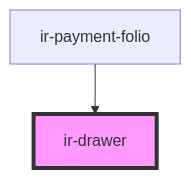
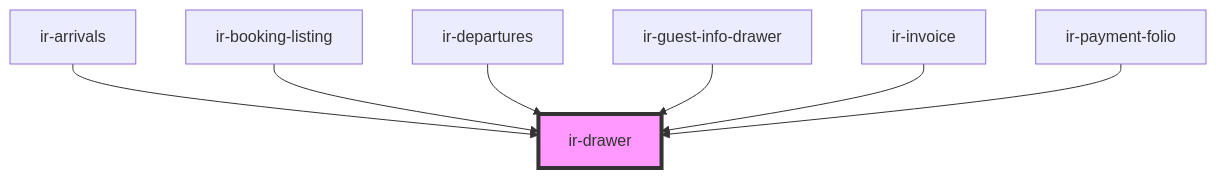
One commit to David1Chowaifaty/modified-ir-webcmp changed the diagram in src/components/ir-drawer/readme.md. Above: the diagram before and after it, drawn with Mermaid. The commit also changed other lines of this file and 77 other files, not shown here.

````diff
--- a/src/components/ir-drawer/readme.md
+++ b/src/components/ir-drawer/readme.md
@@ -34,5 +39,10 @@
 ```mermaid
 graph TD;
+  ir-arrivals --> ir-drawer
+  ir-booking-listing --> ir-drawer
+  ir-departures --> ir-drawer
+  ir-guest-info-drawer --> ir-drawer
+  ir-invoice --> ir-drawer
   ir-payment-folio --> ir-drawer
   style ir-drawer fill:#f9f,stroke:#333,stroke-width:4px
 ```
````
